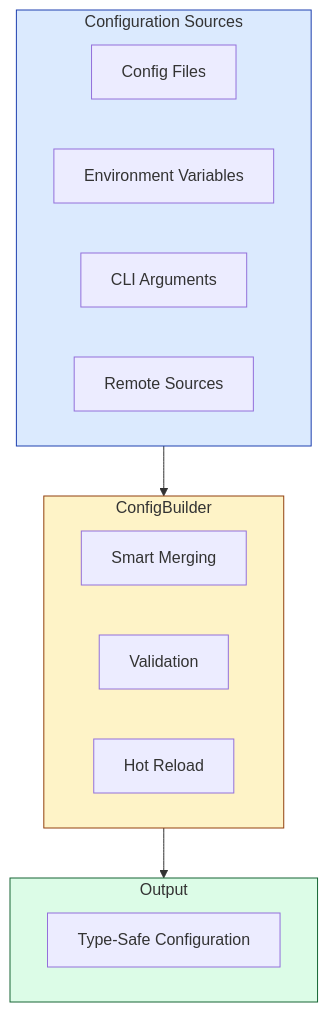
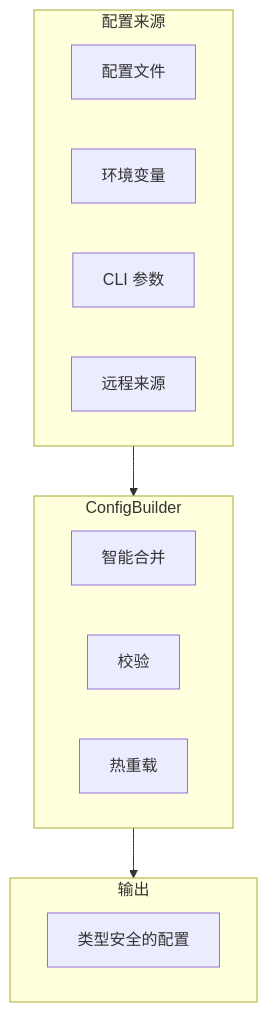
Before and after one commit to Kirky-X/confers: the first of 3 diagrams in docs/API_REFERENCE.md, drawn with Mermaid. The commit also changed other lines of this file and 15 other files, not shown here.

Commit message:
docs: 文档结构重组(image→assets 统一 assets/ 目录) + 新增 ARCHITECTURE + 内容同步

````diff
--- a/docs/API_REFERENCE.md
+++ b/docs/API_REFERENCE.md
@@ -148,26 +98,22 @@
 ```mermaid
 graph TB
-    subgraph Sources ["Configuration Sources"]
-        A["Config Files"]
-        B["Environment Variables"]
-        C["CLI Arguments"]
-        D["Remote Sources"]
+    subgraph Sources ["配置来源"]
+        A["配置文件"]
+        B["环境变量"]
+        C["CLI 参数"]
+        D["远程来源"]
     end
 
     subgraph Loader ["ConfigBuilder"]
-        E["Smart Merging"]
-        F["Validation"]
-        G["Hot Reload"]
+        E["智能合并"]
+        F["校验"]
+        G["热重载"]
     end
 
-    subgraph Output ["Output"]
-        H["Type-Safe Configuration"]
+    subgraph Output ["输出"]
+        H["类型安全的配置"]
     end
 
     Sources --> Loader
     Loader --> Output
-
-    style Sources fill:#DBEAFE,stroke:#1E40AF
-    style Loader fill:#FEF3C7,stroke:#92400E
-    style Output fill:#DCFCE7,stroke:#166534
 ```
````
